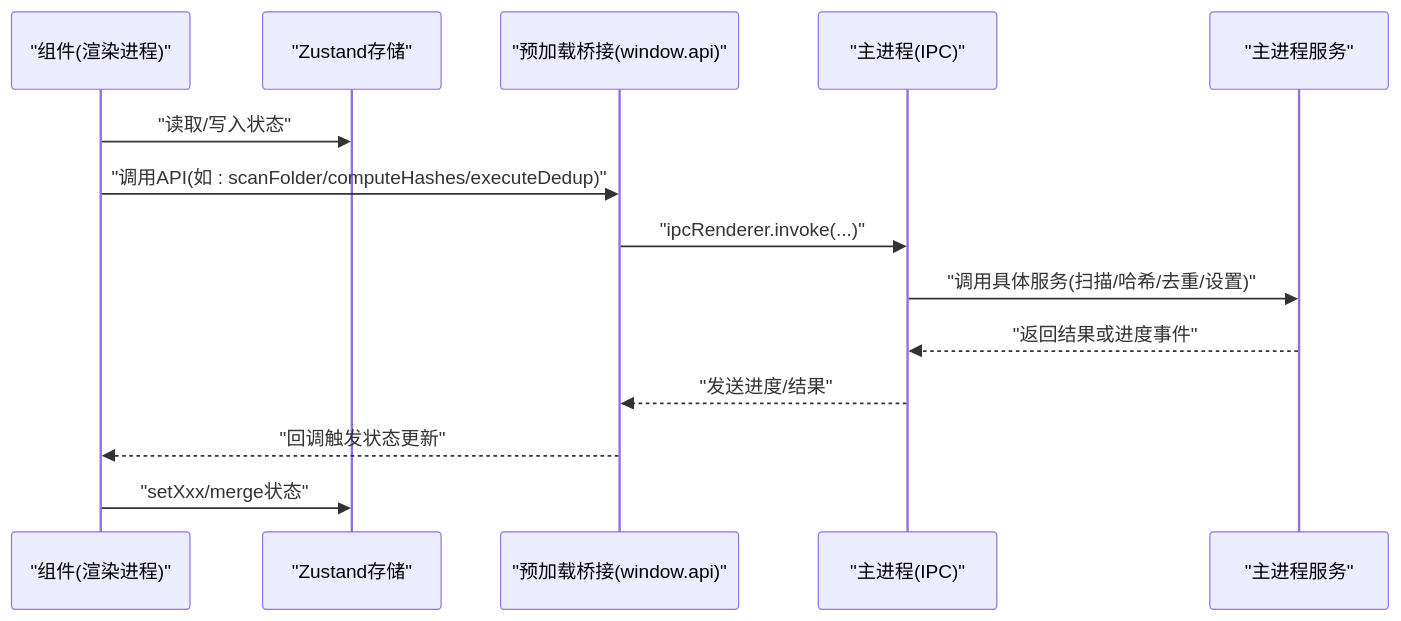
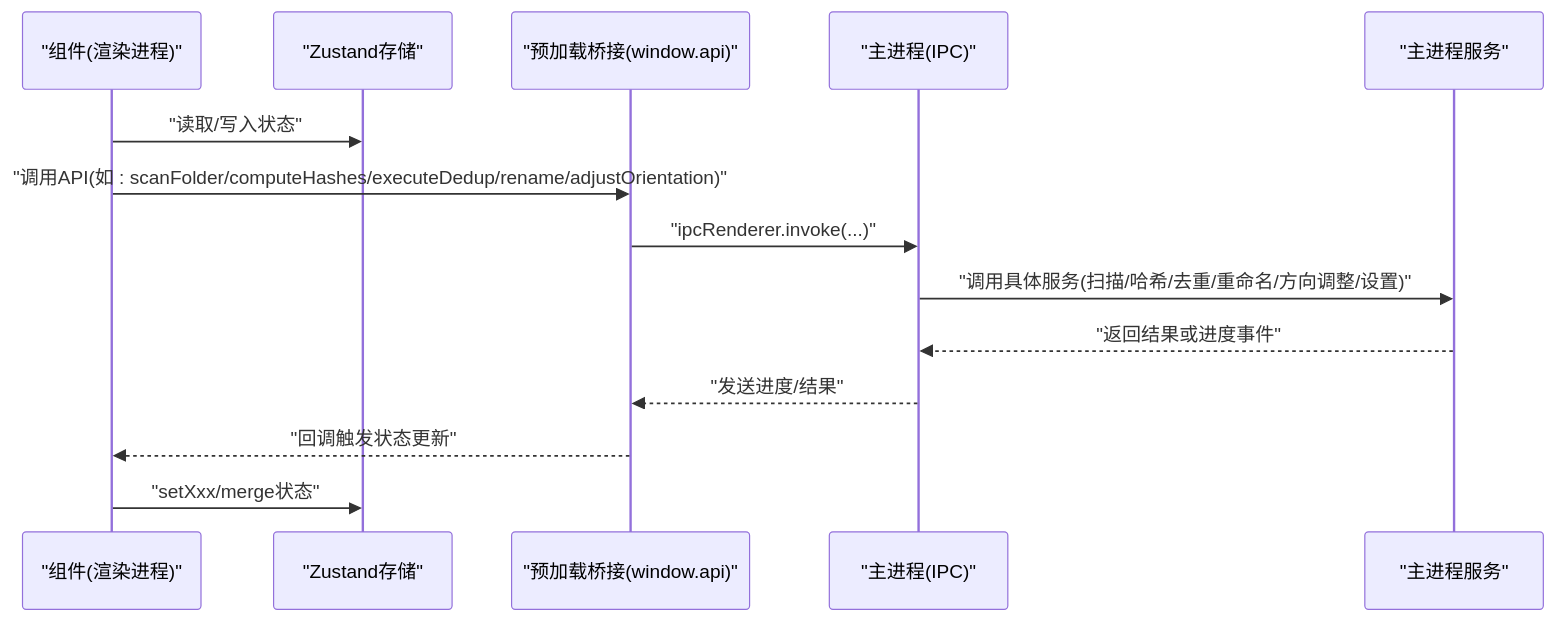
Before and after one commit to remgasuki/ReDoPhoto: the second of 10 diagrams in .qoder/repowiki/zh/content/用户界面系统/状态管理系统.md, drawn with Mermaid. The commit also changed other lines of this file and 10 other files, not shown here.

````diff
--- a/.qoder/repowiki/zh/content/用户界面系统/状态管理系统.md
+++ b/.qoder/repowiki/zh/content/用户界面系统/状态管理系统.md
@@ -111,16 +152,16 @@
 ```mermaid
 sequenceDiagram
 participant UI as "组件(渲染进程)"
 participant ZS as "Zustand存储"
 participant PL as "预加载桥接(window.api)"
 participant MP as "主进程(IPC)"
 participant SV as "主进程服务"
 UI->>ZS : "读取/写入状态"
-UI->>PL : "调用API(如 : scanFolder/computeHashes/executeDedup)"
+UI->>PL : "调用API(如 : scanFolder/computeHashes/executeDedup/rename/adjustOrientation)"
 PL->>MP : "ipcRenderer.invoke(...)"
-MP->>SV : "调用具体服务(扫描/哈希/去重/设置)"
+MP->>SV : "调用具体服务(扫描/哈希/去重/重命名/方向调整/设置)"
 SV-->>MP : "返回结果或进度事件"
 MP-->>PL : "发送进度/结果"
 PL-->>UI : "回调触发状态更新"
 UI->>ZS : "setXxx/merge状态"
 ```
````
